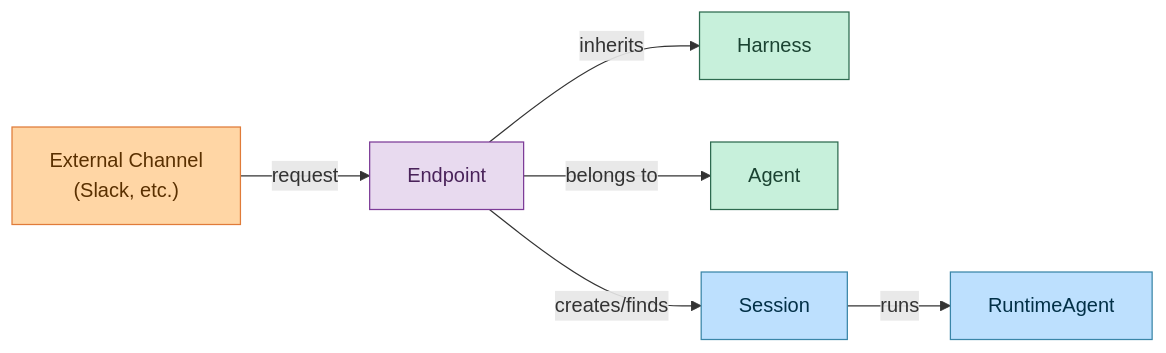
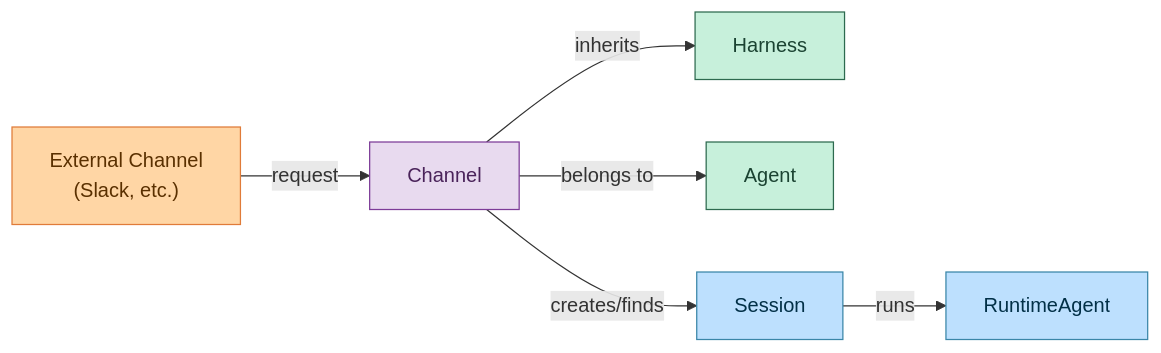
One commit to everruns/everruns changed the diagram in docs/images/apps/architecture.mmd. Above: the diagram before and after it, drawn with Mermaid. The commit also changed 334 other files, not shown here.

```diff
--- a/docs/images/apps/architecture.mmd
+++ b/docs/images/apps/architecture.mmd
@@ -1,16 +1,16 @@
 graph LR
-    Channel["External Channel<br/>(Slack, etc.)"] -->|request| Endpoint
-    Endpoint -->|inherits| Harness
-    Endpoint -->|belongs to| Agent
-    Endpoint -->|creates/finds| Session
+    External["External Channel<br/>(Slack, etc.)"] -->|request| Channel
+    Channel -->|inherits| Harness
+    Channel -->|belongs to| Agent
+    Channel -->|creates/finds| Session
     Session -->|runs| RuntimeAgent
 
     classDef external fill:#ffd6a5,stroke:#e07b39,color:#5a3000
     classDef app fill:#e8daef,stroke:#7d3c98,color:#4a235a
     classDef config fill:#c7f0db,stroke:#2d6a4f,color:#1b4332
     classDef runtime fill:#bde0fe,stroke:#3a86a8,color:#023047
 
-    class Channel external
-    class Endpoint app
+    class External external
+    class Channel app
     class Harness,Agent config
     class Session,RuntimeAgent runtime
```
